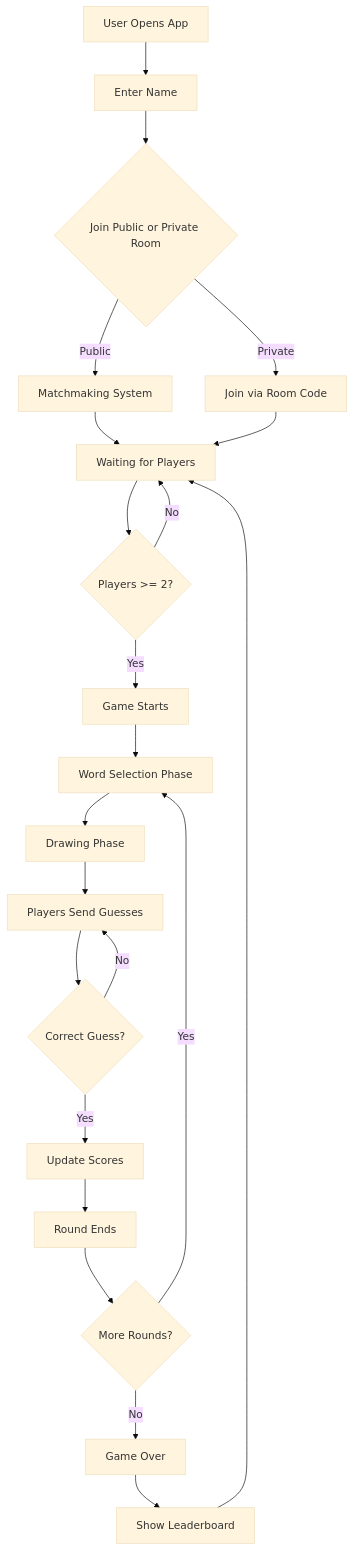
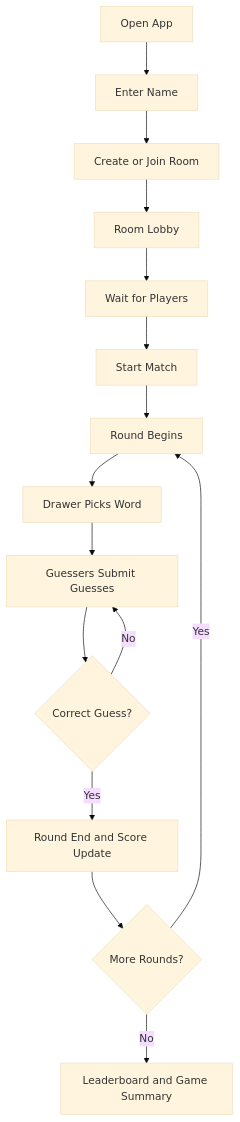
Before and after one commit to SamirShaikh05/DeluluDraw: the second of 2 diagrams in README.md, drawn with Mermaid (base theme). The commit also changed other lines of this file, not shown here.

````diff
--- a/README.md
+++ b/README.md
@@ -91,34 +134,17 @@
-``` mermaid
-graph TD;
-
-A[User Opens App] --> B[Enter Name];
-B --> C{Join Public or Private Room};
-
-C -->|Public| D[Matchmaking System];
-C -->|Private| E[Join via Room Code];
-
-D --> F[Waiting for Players];
-E --> F;
-
-F --> G{Players >= 2?};
-G -->|No| F;
-G -->|Yes| H[Game Starts];
-
-H --> I[Word Selection Phase];
-I --> J[Drawing Phase];
-
-J --> K[Players Send Guesses];
-K --> L{Correct Guess?};
-
-L -->|Yes| M[Update Scores];
-L -->|No| K;
-
-M --> N[Round Ends];
-N --> O{More Rounds?};
-
-O -->|Yes| I;
-O -->|No| P[Game Over];
-
-P --> Q[Show Leaderboard];
-Q --> F;
+```mermaid
+flowchart TD
+    A[Open App] --> B[Enter Name]
+    B --> C[Create or Join Room]
+    C --> D[Room Lobby]
+    D --> E[Wait for Players]
+    E --> F[Start Match]
+    F --> G[Round Begins]
+    G --> H[Drawer Picks Word]
+    H --> I[Guessers Submit Guesses]
+    I --> J{Correct Guess?}
+    J -->|No| I
+    J -->|Yes| K[Round End and Score Update]
+    K --> L{More Rounds?}
+    L -->|Yes| G
+    L -->|No| M[Leaderboard and Game Summary]
 ```
````
